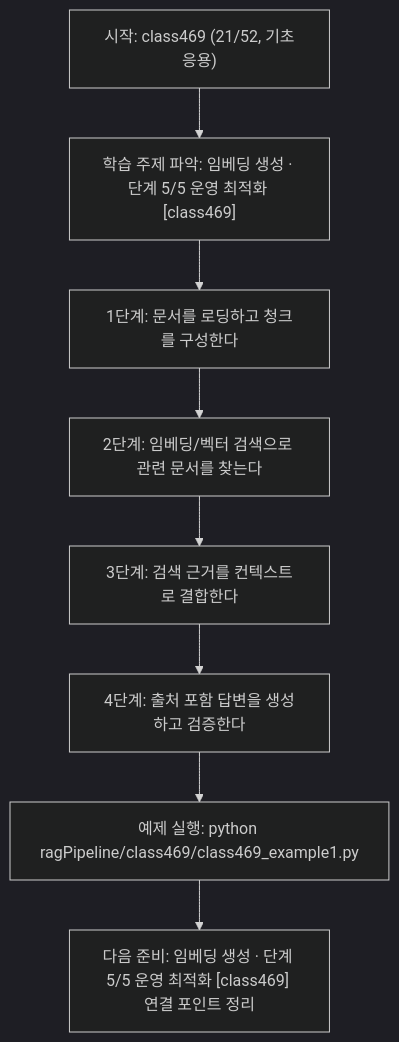
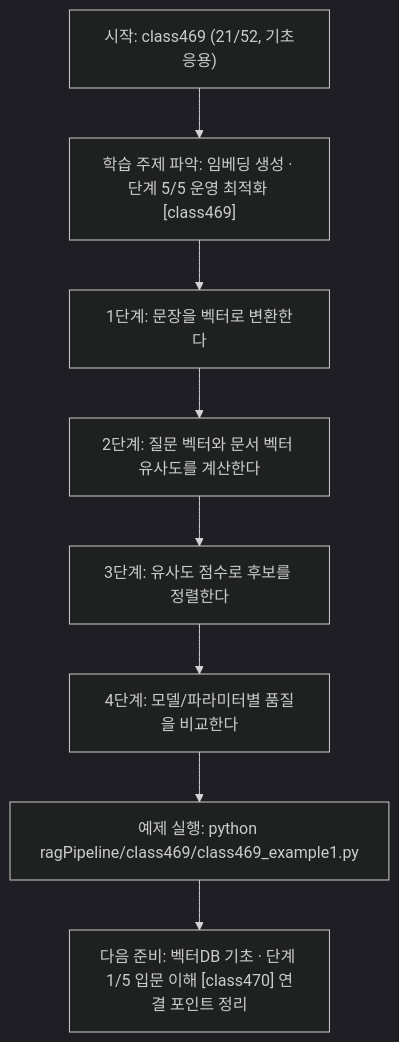
Before and after one commit to edumgt/Python-AI_Agent-Class: the diagram in ragPipeline/class469/class469.md, drawn with Mermaid (dark theme). The commit also changed other lines of this file and 367 other files, not shown here.

````diff
--- a/ragPipeline/class469/class469.md
+++ b/ragPipeline/class469/class469.md
@@ -110,18 +92,18 @@
 ```mermaid
 flowchart TD
 N1["시작: class469 (21/52, 기초응용)"]
 N2["학습 주제 파악: 임베딩 생성 · 단계 5/5 운영 최적화 [class469]"]
-N3["1단계: 문서를 로딩하고 청크를 구성한다"]
-N4["2단계: 임베딩/벡터 검색으로 관련 문서를 찾는다"]
-N5["3단계: 검색 근거를 컨텍스트로 결합한다"]
-N6["4단계: 출처 포함 답변을 생성하고 검증한다"]
+N3["1단계: 문장을 벡터로 변환한다"]
+N4["2단계: 질문 벡터와 문서 벡터 유사도를 계산한다"]
+N5["3단계: 유사도 점수로 후보를 정렬한다"]
+N6["4단계: 모델/파라미터별 품질을 비교한다"]
 N7["예제 실행: python ragPipeline/class469/class469_example1.py"]
-N8["다음 준비: 임베딩 생성 · 단계 5/5 운영 최적화 [class469] 연결 포인트 정리"]
+N8["다음 준비: 벡터DB 기초 · 단계 1/5 입문 이해 [class470] 연결 포인트 정리"]
 N1 --> N2
 N2 --> N3
 N3 --> N4
 N4 --> N5
 N5 --> N6
 N6 --> N7
 N7 --> N8
 ```
````
